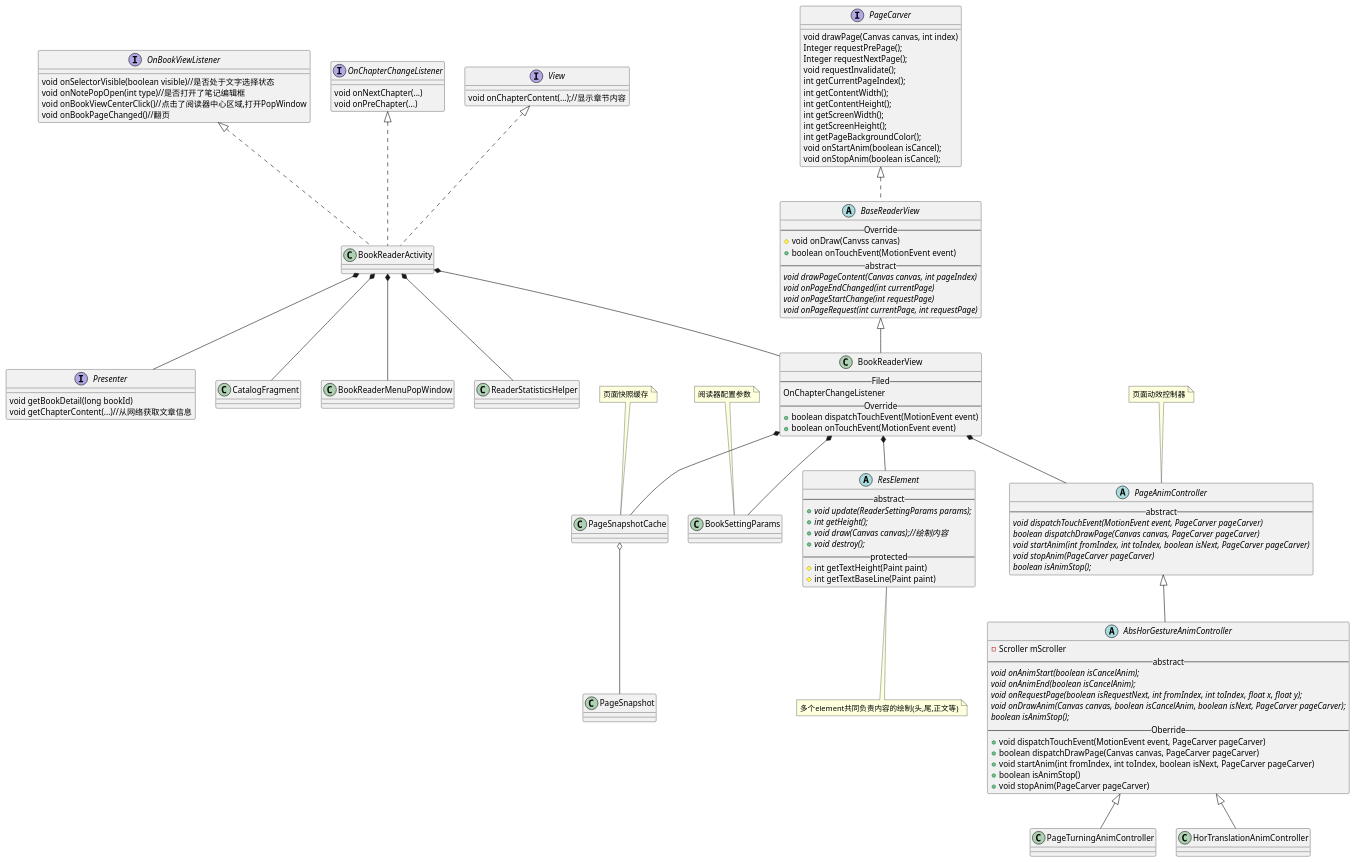
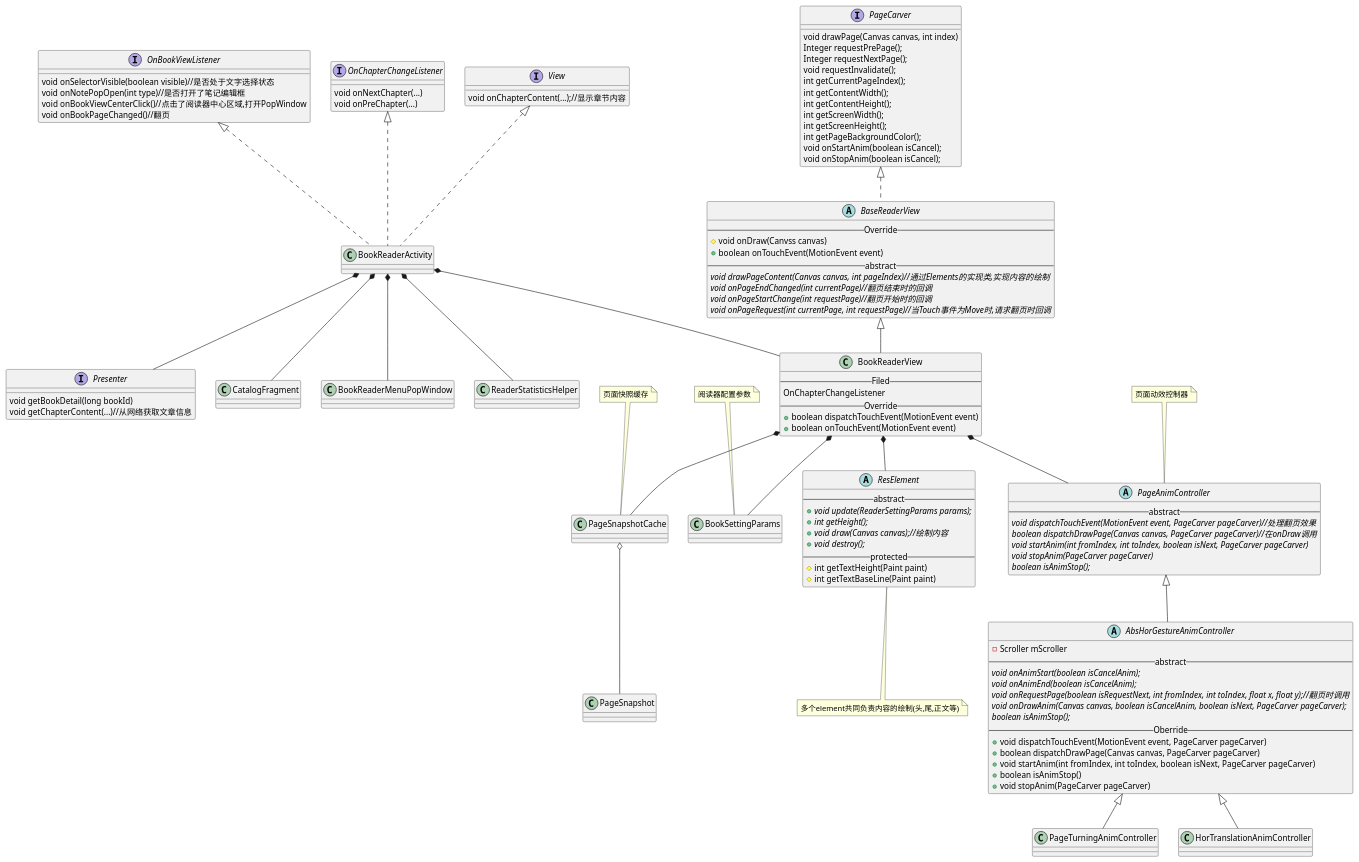
The diagram in uml/reader/module/reader/class/reader.puml (yufns/uml), drawn with PlantUML before and after one commit. The commit also changed 4 other files, not shown here.

```diff
--- a/uml/reader/module/reader/class/reader.puml
+++ b/uml/reader/module/reader/class/reader.puml
@@ -1,130 +1,130 @@
 @startuml
 interface OnBookViewListener{
   void onSelectorVisible(boolean visible)//是否处于文字选择状态
   void onNotePopOpen(int type)//是否打开了笔记编辑框
   void onBookViewCenterClick()//点击了阅读器中心区域,打开PopWindow
   void onBookPageChanged()//翻页
 }
 
 interface OnChapterChangeListener{
   void onNextChapter(...)
   void onPreChapter(...)
 }
 interface  Presenter{
   void getBookDetail(long bookId)
   void getChapterContent(...)//从网络获取文章信息
 }
 
 interface View{
   void onChapterContent(...);//显示章节内容
 }
 
 class BookReaderActivity
 class CatalogFragment
 class BookReaderMenuPopWindow
 class ReaderStatisticsHelper
 
 BookReaderActivity *-- BookReaderView
 BookReaderActivity *-- CatalogFragment
 BookReaderActivity *-- BookReaderMenuPopWindow
 BookReaderActivity *-- ReaderStatisticsHelper
 BookReaderActivity *-- Presenter
 
 View <|.. BookReaderActivity
 OnBookViewListener <|.. BookReaderActivity
 OnChapterChangeListener <|.. BookReaderActivity
 
 interface PageCarver{
   void drawPage(Canvas canvas, int index)
   Integer requestPrePage();
   Integer requestNextPage();
   void requestInvalidate();
   int getCurrentPageIndex();
   int getContentWidth();
   int getContentHeight();
   int getScreenWidth();
   int getScreenHeight();
   int getPageBackgroundColor();
   void onStartAnim(boolean isCancel);
   void onStopAnim(boolean isCancel);
 }
 
 class PageSnapshot
 class PageSnapshotCache
 note top:页面快照缓存
 class BookReaderView{
   -- Filed --
   OnChapterChangeListener
   -- Override --
   + boolean dispatchTouchEvent(MotionEvent event)
   + boolean onTouchEvent(MotionEvent event)
 }
 class BookSettingParams
 note top:阅读器配置参数
 abstract class BaseReaderView{
   -- Override --
   # void onDraw(Canvss canvas)
   + boolean onTouchEvent(MotionEvent event)
   -- abstract --
-  {abstract} void drawPageContent(Canvas canvas, int pageIndex)
-  {abstract} void onPageEndChanged(int currentPage)
-  {abstract} void onPageStartChange(int requestPage)
-  {abstract} void onPageRequest(int currentPage, int requestPage)
+  {abstract} void drawPageContent(Canvas canvas, int pageIndex)//通过Elements的实现类,实现内容的绘制
+  {abstract} void onPageEndChanged(int currentPage)//翻页结束时的回调
+  {abstract} void onPageStartChange(int requestPage)//翻页开始时的回调
+  {abstract} void onPageRequest(int currentPage, int requestPage)//当Touch事件为Move时,请求翻页时回调
 }
 
 BaseReaderView <|-- BookReaderView
 
 BookReaderView *-- BookSettingParams
 BookReaderView *-- ResElement
 BookReaderView *-- PageAnimController
 BookReaderView *-- PageSnapshotCache
 
 PageSnapshotCache o-- PageSnapshot
 PageCarver <|.. BaseReaderView
 
 abstract class ResElement{
   -- abstract --
   + {abstract} void update(ReaderSettingParams params);
   + {abstract} int getHeight();
   + {abstract} void draw(Canvas canvas);//绘制内容
   + {abstract} void destroy();
   -- protected --
   # int getTextHeight(Paint paint)
   # int getTextBaseLine(Paint paint)
 }
 note bottom:多个element共同负责内容的绘制(头,尾,正文等)
 
 
 abstract class PageAnimController{
   -- abstract --
-  {abstract} void dispatchTouchEvent(MotionEvent event, PageCarver pageCarver)
-  {abstract} boolean dispatchDrawPage(Canvas canvas, PageCarver pageCarver)
+  {abstract} void dispatchTouchEvent(MotionEvent event, PageCarver pageCarver)//处理翻页效果
+  {abstract} boolean dispatchDrawPage(Canvas canvas, PageCarver pageCarver)//在onDraw调用
   {abstract} void startAnim(int fromIndex, int toIndex, boolean isNext, PageCarver pageCarver)
   {abstract} void stopAnim(PageCarver pageCarver)
   {abstract} boolean isAnimStop();
 }
 note top:页面动效控制器
 
 abstract class AbsHorGestureAnimController{
   - Scroller mScroller
   -- abstract --
   {abstract} void onAnimStart(boolean isCancelAnim);
   {abstract} void onAnimEnd(boolean isCancelAnim);
-  {abstract} void onRequestPage(boolean isRequestNext, int fromIndex, int toIndex, float x, float y);
+  {abstract} void onRequestPage(boolean isRequestNext, int fromIndex, int toIndex, float x, float y);//翻页时调用
   {abstract} void onDrawAnim(Canvas canvas, boolean isCancelAnim, boolean isNext, PageCarver pageCarver);
   {abstract} boolean isAnimStop();
   -- Oberride --
   + void dispatchTouchEvent(MotionEvent event, PageCarver pageCarver)
   + boolean dispatchDrawPage(Canvas canvas, PageCarver pageCarver)
   + void startAnim(int fromIndex, int toIndex, boolean isNext, PageCarver pageCarver)
   + boolean isAnimStop()
   + void stopAnim(PageCarver pageCarver)
 }
 class PageTurningAnimController
 class HorTranslationAnimController
 
 PageAnimController <|-- AbsHorGestureAnimController
 
 AbsHorGestureAnimController <|-- PageTurningAnimController
 AbsHorGestureAnimController <|-- HorTranslationAnimController
 @enduml
```
